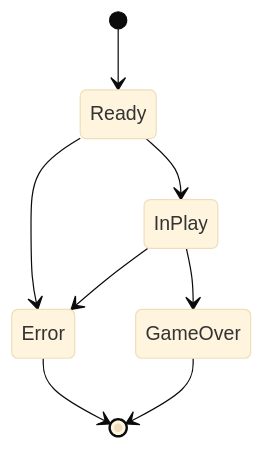
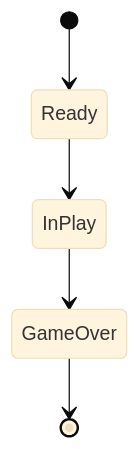
Before and after one commit to Luke3470/DesignPaternsUni: the fifth of 6 diagrams in README.md, drawn with Mermaid (base theme). The commit also changed other lines of this file, not shown here.

````diff
--- a/README.md
+++ b/README.md
@@ -258,10 +266,7 @@
 ```mermaid
 stateDiagram-v2
     [*] --> Ready
     Ready --> InPlay
     InPlay --> GameOver
-    Ready --> Error
-    InPlay --> Error
-    Error --> [*]
     GameOver --> [*]
 ```
````
